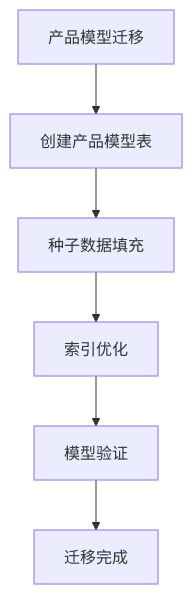
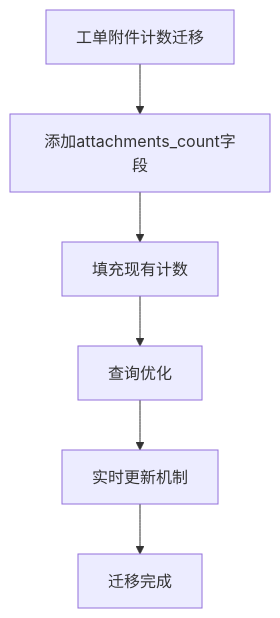
One commit to CubeEdge/Longhorn changed diagram 18 of 31 in .qoder/repowiki/zh/content/数据迁移脚本.md. Above: the diagram before and after it, drawn with Mermaid. The commit also changed other lines of this file and 28 other files, not shown here.

````diff
--- a/.qoder/repowiki/zh/content/数据迁移脚本.md
+++ b/.qoder/repowiki/zh/content/数据迁移脚本.md
@@ -836,8 +1092,8 @@
 ```mermaid
 flowchart TD
-ProductModels[产品模型迁移] --> CreateTable[创建产品模型表]
-CreateTable --> SeedData[种子数据填充]
-SeedData --> IndexOptimization[索引优化]
-IndexOptimization --> ModelValidation[模型验证]
-ModelValidation --> Complete[迁移完成]
+AttachmentsCount[工单附件计数迁移] --> AddColumn[添加attachments_count字段]
+AddColumn --> FillCounts[填充现有计数]
+FillCounts --> QueryOptimization[查询优化]
+QueryOptimization --> RealTimeUpdates[实时更新机制]
+RealTimeUpdates --> Complete[迁移完成]
 ```
````
